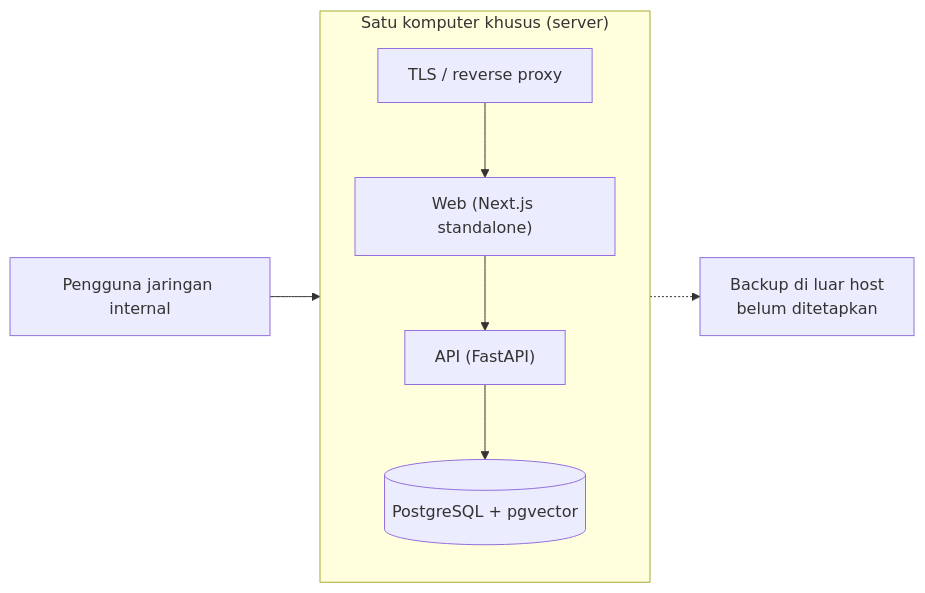
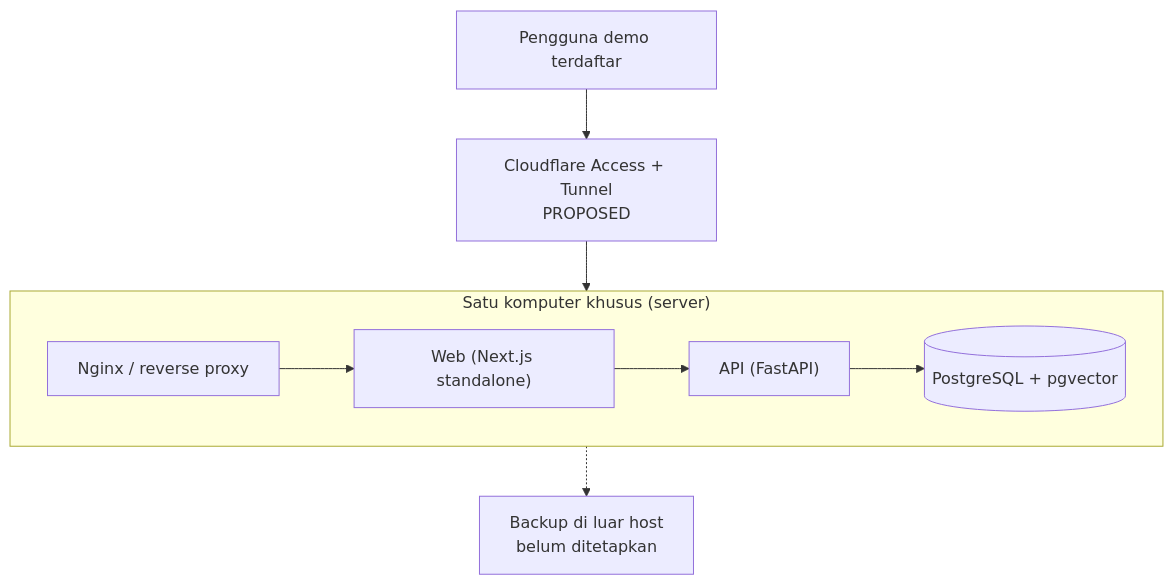
The second of 3 diagrams in docs/03-architecture/deployment-architecture.md (jundy779/SUNOVATE), drawn with Mermaid before and after one commit. The commit also changed other lines of this file and 18 other files, not shown here.

Commit message:
docs: synchronize demo architecture and agent handoff

````diff
--- a/docs/03-architecture/deployment-architecture.md
+++ b/docs/03-architecture/deployment-architecture.md
@@ -33,10 +33,11 @@
 ```mermaid
-flowchart LR
-    U["Pengguna jaringan internal"] --> H
+flowchart TB
+    U["Pengguna demo terdaftar"] --> C["Cloudflare Access + Tunnel<br/>PROPOSED"]
+    C --> H
     subgraph H["Satu komputer khusus (server)"]
-      RP["TLS / reverse proxy"] --> W["Web (Next.js standalone)"]
+      RP["Nginx / reverse proxy"] --> W["Web (Next.js standalone)"]
       W --> A["API (FastAPI)"]
       A --> P[("PostgreSQL + pgvector")]
     end
     H -.-> B["Backup di luar host<br/>belum ditetapkan"]
 ```
````
